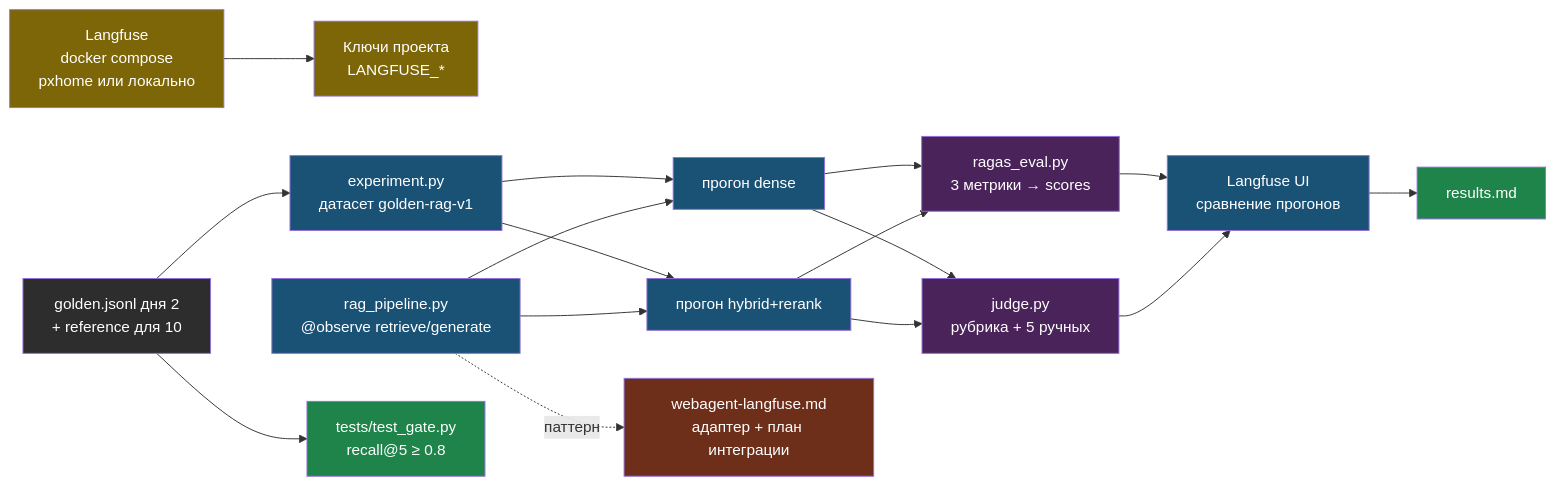
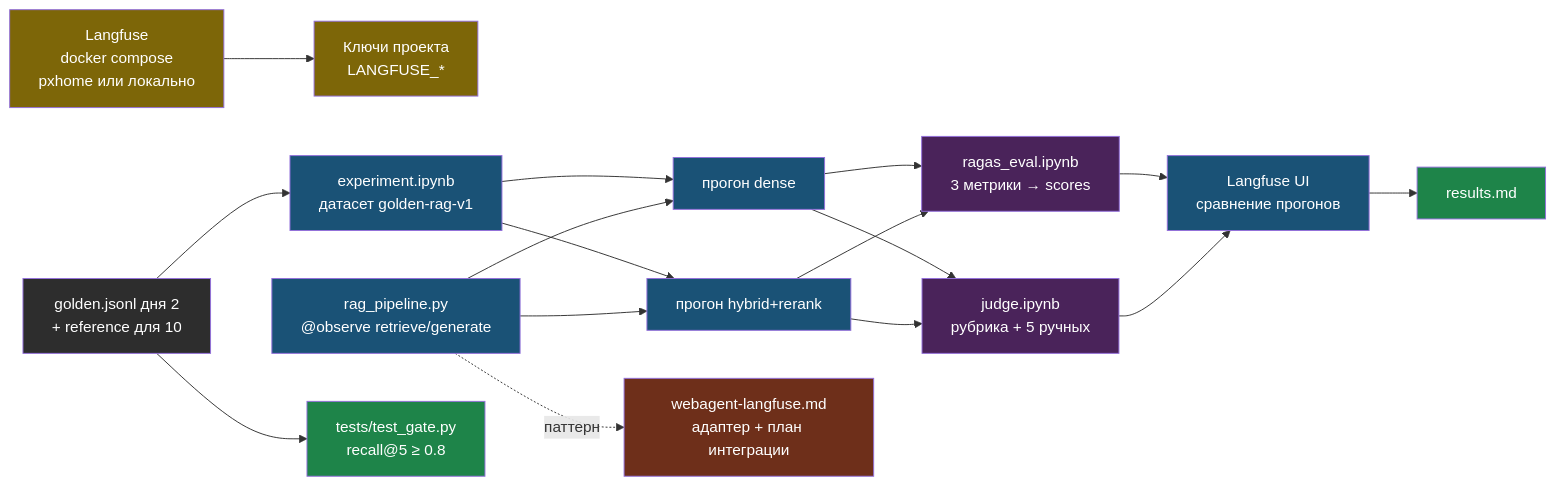
One commit to iRoboTron/ai-engineering changed the diagram in docs/books/05-evals-observability/chapter-02.md. Above: the diagram before and after it, drawn with Mermaid. The commit also changed other lines of this file and 49 other files, not shown here.

````diff
--- a/docs/books/05-evals-observability/chapter-02.md
+++ b/docs/books/05-evals-observability/chapter-02.md
@@ -9,32 +9,32 @@
 ```mermaid
 flowchart LR
     LF["Langfuse\ndocker compose\npxhome или локально"] --> KEYS["Ключи проекта\nLANGFUSE_*"]
-    G["golden.jsonl дня 2\n+ reference для 10"] --> DS["experiment.py\nдатасет golden-rag-v1"]
+    G["golden.jsonl дня 2\n+ reference для 10"] --> DS["experiment.ipynb\nдатасет golden-rag-v1"]
     DS --> R1["прогон dense"]
     DS --> R2["прогон hybrid+rerank"]
     P["rag_pipeline.py\n@observe retrieve/generate"] --> R1
     P --> R2
-    R1 --> RG["ragas_eval.py\n3 метрики → scores"]
+    R1 --> RG["ragas_eval.ipynb\n3 метрики → scores"]
     R2 --> RG
-    R1 --> JD["judge.py\nрубрика + 5 ручных"]
+    R1 --> JD["judge.ipynb\nрубрика + 5 ручных"]
     R2 --> JD
     RG --> CMP["Langfuse UI\nсравнение прогонов"]
     JD --> CMP
     CMP --> RES["results.md"]
     G --> GATE["tests/test_gate.py\nrecall@5 ≥ 0.8"]
     P -. паттерн .-> WA["webagent-langfuse.md\nадаптер + план интеграции"]
 
     style LF fill:#7d6608,color:#fff
     style KEYS fill:#7d6608,color:#fff
     style G fill:#2d2d2d,color:#fff
     style DS fill:#1a5276,color:#fff
     style P fill:#1a5276,color:#fff
     style R1 fill:#1a5276,color:#fff
     style R2 fill:#1a5276,color:#fff
     style RG fill:#4a235a,color:#fff
     style JD fill:#4a235a,color:#fff
     style CMP fill:#1a5276,color:#fff
     style RES fill:#1e8449,color:#fff
     style GATE fill:#1e8449,color:#fff
     style WA fill:#6e2f1a,color:#fff
 ```
````
